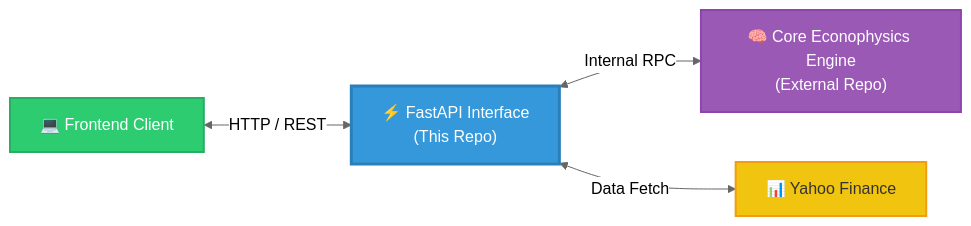
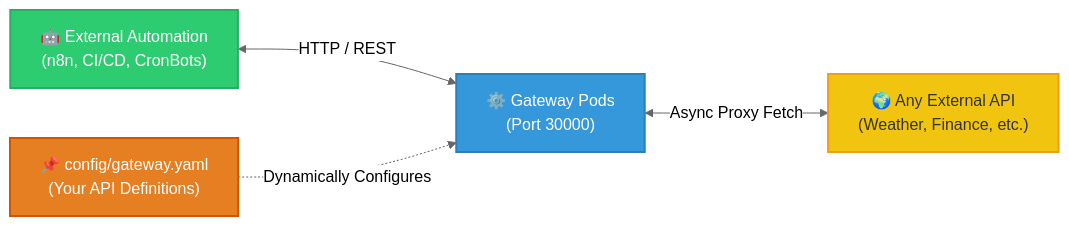
One commit to PoisonOakey/universal-api-gateway changed the diagram in README.md. Above: the diagram before and after it, drawn with Mermaid (neutral theme). The commit also changed other lines of this file and 26 other files, not shown here.

Commit message:
Refactor to Universal API Gateway

````diff
--- a/README.md
+++ b/README.md
@@ -27,19 +13,19 @@
 ```mermaid
 graph LR
     %% Nodes
-    Frontend["💻 Frontend Client"]
-    API["⚡ FastAPI Interface\n(This Repo)"]
-    Engine["🧠 Core Econophysics Engine\n(External Repo)"]
-    YF["📊 Yahoo Finance"]
+    External["🤖 External Automation\n(n8n, CI/CD, CronBots)"]
+    K8s["⚙️ Gateway Pods\n(Port 30000)"]
+    Config["📌 config/gateway.yaml\n(Your API Definitions)"]
+    Provider["🌍 Any External API\n(Weather, Finance, etc.)"]
 
     %% Connections
-    Frontend <-->|"HTTP / REST"| API
-    API <-->|"Internal RPC"| Engine
-    API <-->|"Data Fetch"| YF
+    External <-->|"HTTP / REST"| K8s
+    Config -.->|"Dynamically Configures"| K8s
+    K8s <-->|"Async Proxy Fetch"| Provider
 
     %% Styling
-    style Frontend fill:#2ecc71,stroke:#27ae60,stroke-width:2px,color:#fff
-    style API fill:#3498db,stroke:#2980b9,stroke-width:3px,color:#fff
-    style Engine fill:#9b59b6,stroke:#8e44ad,stroke-width:2px,color:#fff
-    style YF fill:#f1c40f,stroke:#f39c12,stroke-width:2px,color:#333
+    style External fill:#2ecc71,stroke:#27ae60,stroke-width:2px,color:#fff
+    style K8s fill:#3498db,stroke:#2980b9,stroke-width:2px,color:#fff
+    style Config fill:#e67e22,stroke:#d35400,stroke-width:2px,color:#fff
+    style Provider fill:#f1c40f,stroke:#f39c12,stroke-width:2px,color:#333
 ```
````
